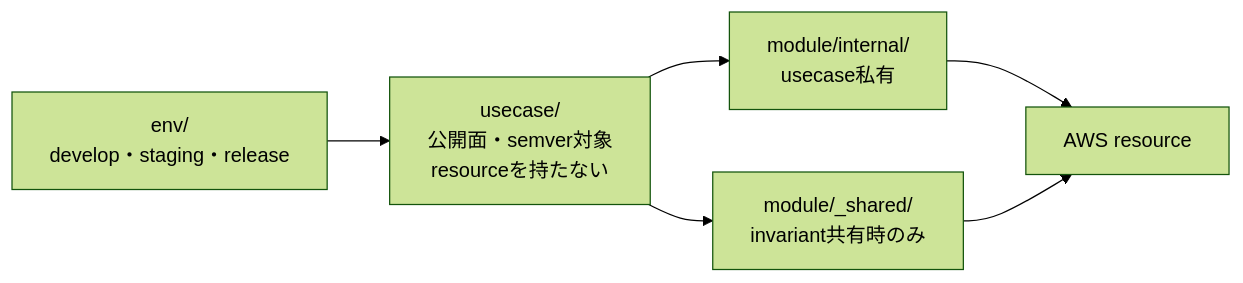
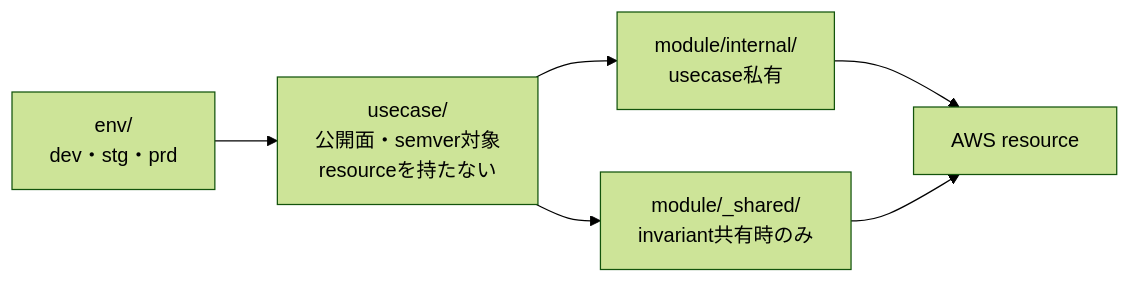
Before and after one commit to Tomy-ch/terraform-aws-boilerplate: the diagram in docs/v1.0-plan/scope.md, drawn with Mermaid (forest theme). The commit also changed other lines of this file, not shown here.

First line of the commit message:
Docs: envのtokenをdev/stg/prdに確定する

````diff
--- a/docs/v1.0-plan/scope.md
+++ b/docs/v1.0-plan/scope.md
@@ -83,8 +83,8 @@
 ```mermaid
 flowchart LR
-  E["env/<br/>develop・staging・release"] --> U["usecase/<br/>公開面・semver対象<br/>resourceを持たない"]
+  E["env/<br/>dev・stg・prd"] --> U["usecase/<br/>公開面・semver対象<br/>resourceを持たない"]
   U --> I["module/internal/<br/>usecase私有"]
   U --> S["module/_shared/<br/>invariant共有時のみ"]
   I --> R["AWS resource"]
   S --> R
 ```
````
